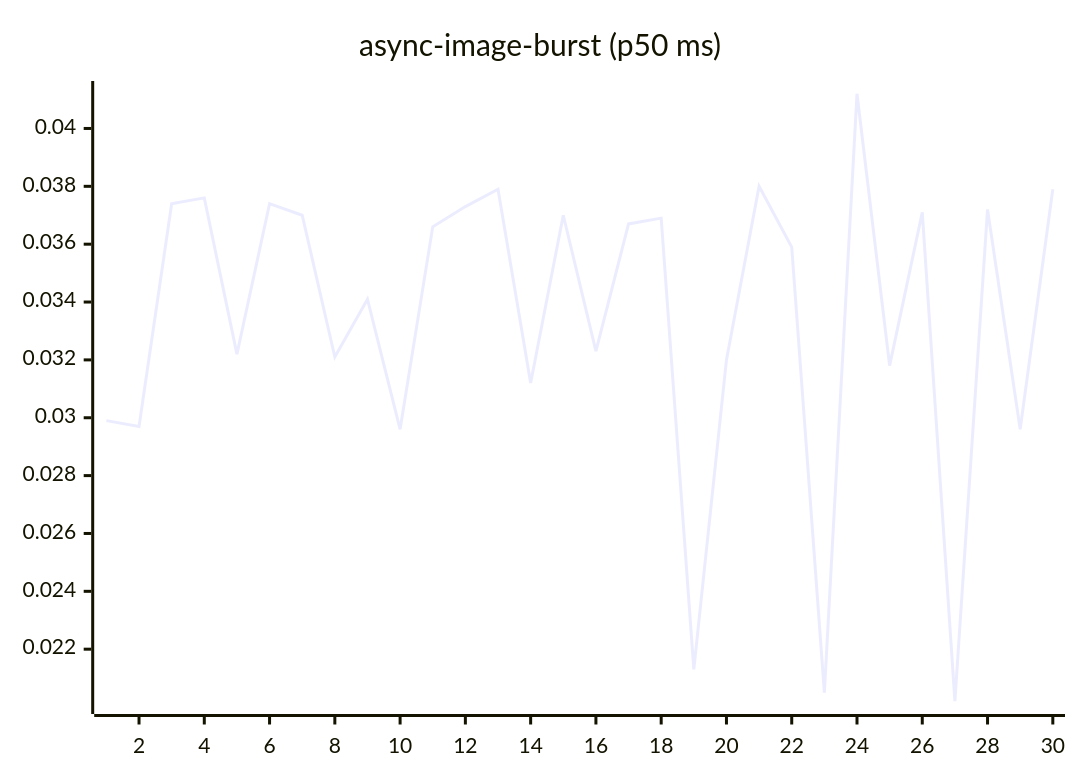
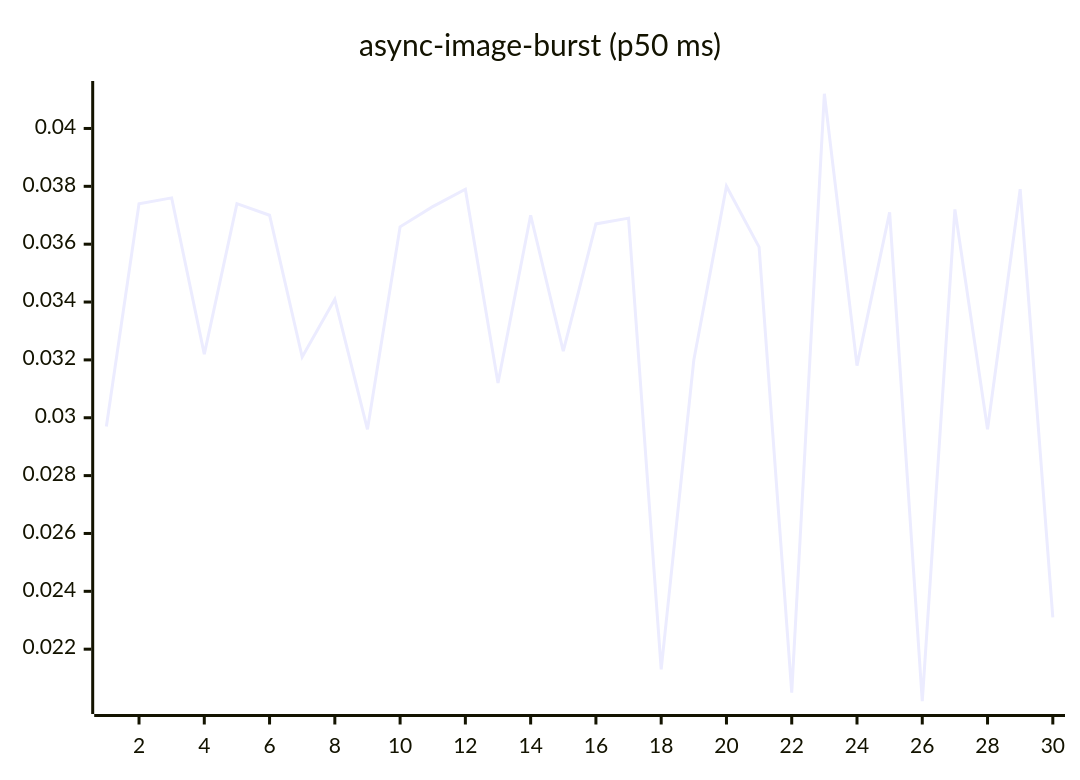
Before and after one commit to josha/Facet: the fourth of 27 diagrams in README.md, drawn with Mermaid. The commit also changed other lines of this file and 2 other files, not shown here.

````diff
--- a/README.md
+++ b/README.md
@@ -84,6 +84,6 @@
 ```mermaid
 xychart-beta
     title "async-image-burst (p50 ms)"
     x-axis 1 --> 30
-    line [0.0299, 0.0297, 0.0374, 0.0376, 0.0322, 0.0374, 0.0370, 0.0321, 0.0341, 0.0296, 0.0366, 0.0373, 0.0379, 0.0312, 0.0370, 0.0323, 0.0367, 0.0369, 0.0213, 0.0320, 0.0380, 0.0359, 0.0205, 0.0412, 0.0318, 0.0371, 0.0202, 0.0372, 0.0296, 0.0379]
+    line [0.0297, 0.0374, 0.0376, 0.0322, 0.0374, 0.0370, 0.0321, 0.0341, 0.0296, 0.0366, 0.0373, 0.0379, 0.0312, 0.0370, 0.0323, 0.0367, 0.0369, 0.0213, 0.0320, 0.0380, 0.0359, 0.0205, 0.0412, 0.0318, 0.0371, 0.0202, 0.0372, 0.0296, 0.0379, 0.0231]
 ```
````
